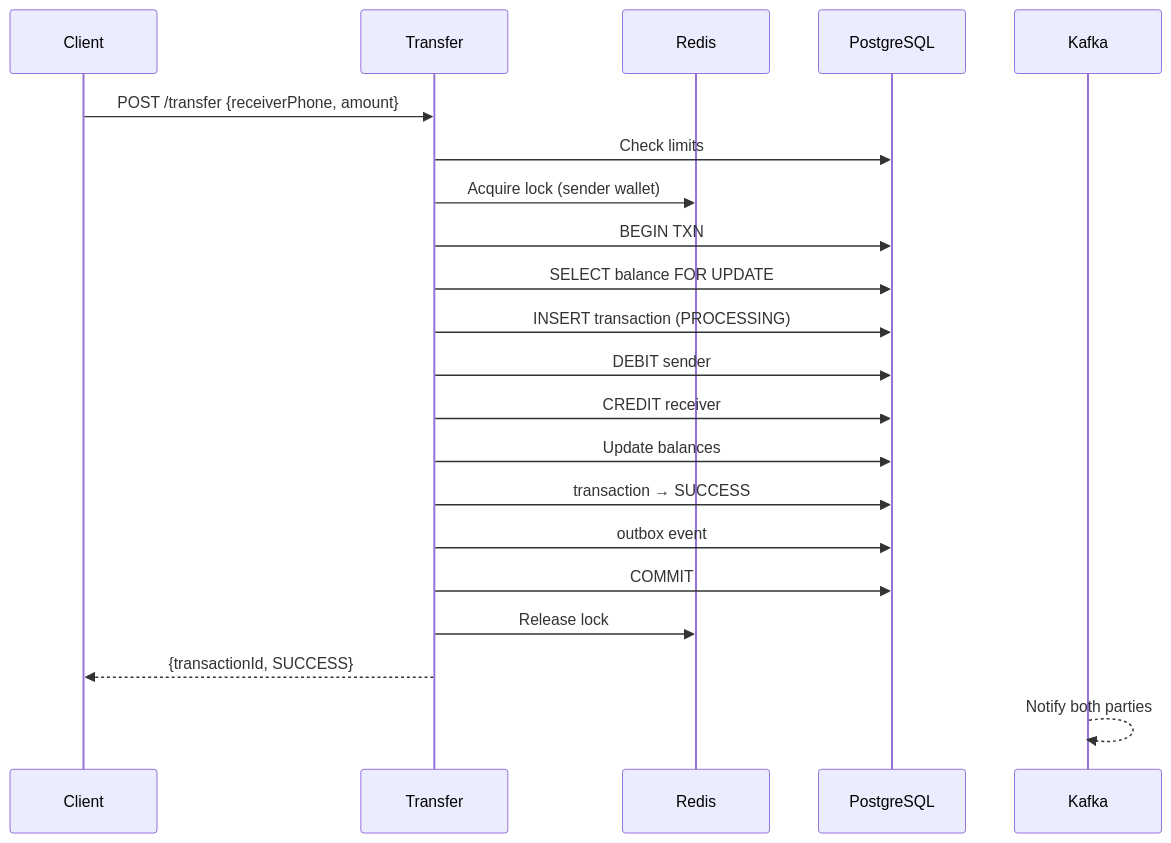
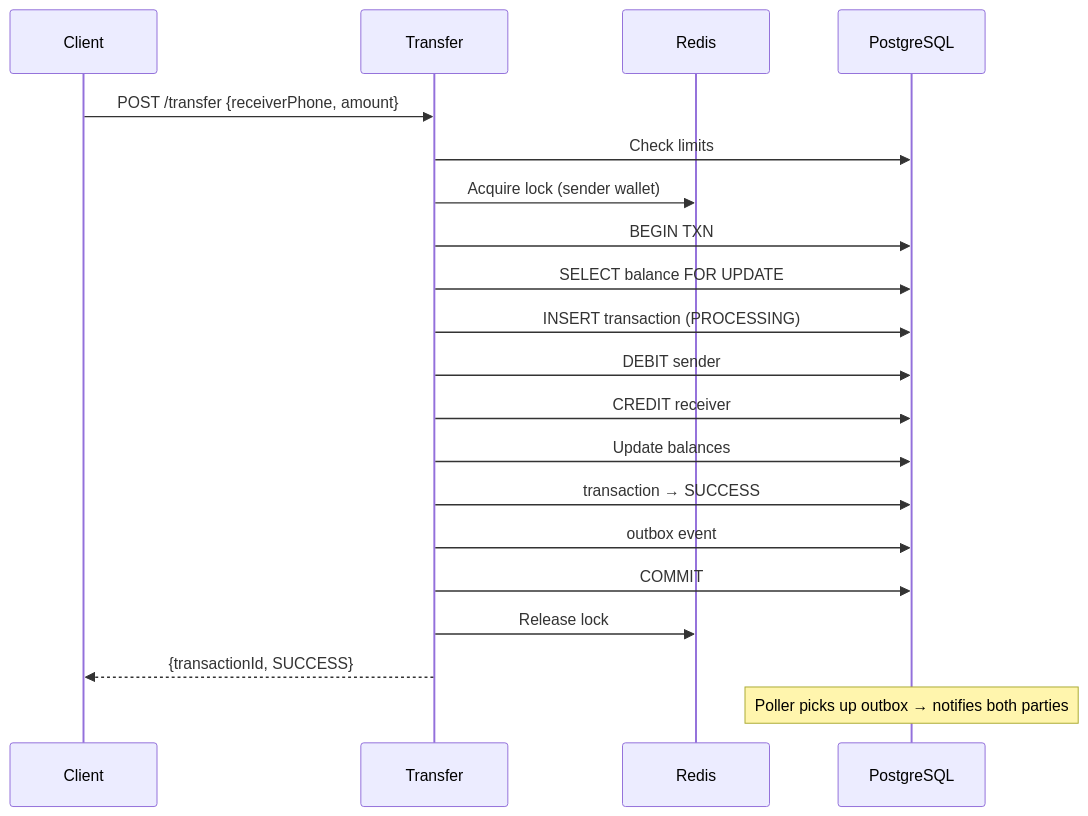
The fifth of 11 diagrams in docs/PROJECT_REPORT.md (devanshjhaa/NeoBank), drawn with Mermaid before and after one commit. The commit also changed other lines of this file and 4 other files, not shown here.

First line of the commit message:
refactor: remove Kafka, use DB outbox + Upstash Redis

````diff
--- a/docs/PROJECT_REPORT.md
+++ b/docs/PROJECT_REPORT.md
@@ -417,26 +416,25 @@
 ```mermaid
 sequenceDiagram
     participant C as Client
     participant API as Transfer
     participant Redis as Redis
     participant DB as PostgreSQL
-    participant K as Kafka
 
     C->>API: POST /transfer {receiverPhone, amount}
     API->>DB: Check limits
     API->>Redis: Acquire lock (sender wallet)
 
     API->>DB: BEGIN TXN
     API->>DB: SELECT balance FOR UPDATE
     API->>DB: INSERT transaction (PROCESSING)
     API->>DB: DEBIT sender
     API->>DB: CREDIT receiver
     API->>DB: Update balances
     API->>DB: transaction → SUCCESS
     API->>DB: outbox event
     API->>DB: COMMIT
 
     API->>Redis: Release lock
     API-->>C: {transactionId, SUCCESS}
-    K-->>K: Notify both parties
+    Note over DB: Poller picks up outbox → notifies both parties
 ```
````
